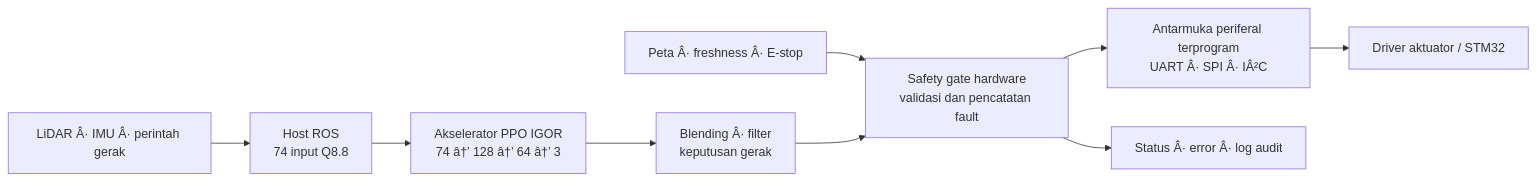
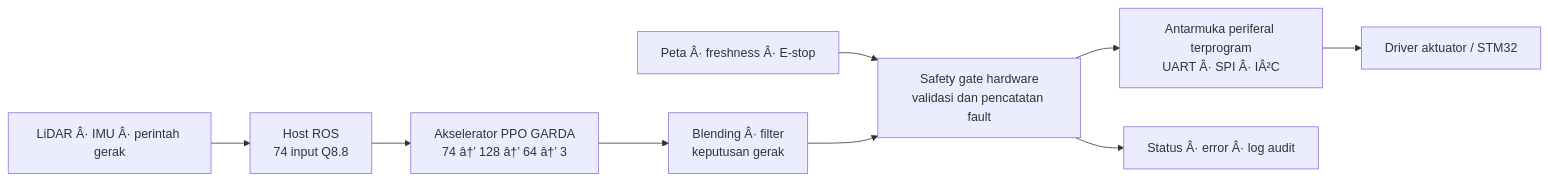
One commit to wlmoi/GARDA changed the diagram in fpga/CHIP_ADVANTAGES.md. Above: the diagram before and after it, drawn with Mermaid. The commit also changed other lines of this file and 825 other files, not shown here.

````diff
--- a/fpga/CHIP_ADVANTAGES.md
+++ b/fpga/CHIP_ADVANTAGES.md
@@ -13,11 +13,11 @@
 ```mermaid
 flowchart LR
     S[LiDAR Â· IMU Â· perintah gerak] --> H[Host ROS\n74 input Q8.8]
-    H --> A[Akselerator PPO IGOR\n74 â†’ 128 â†’ 64 â†’ 3]
+    H --> A[Akselerator PPO GARDA\n74 â†’ 128 â†’ 64 â†’ 3]
     A --> C[Blending Â· filter\nkeputusan gerak]
     M[Peta Â· freshness Â· E-stop] --> G[Safety gate hardware\nvalidasi dan pencatatan fault]
     C --> G
     G --> P[Antarmuka periferal terprogram\nUART Â· SPI Â· IÂ²C]
     P --> D[Driver aktuator / STM32]
     G --> L[Status Â· error Â· log audit]
 ```
````
